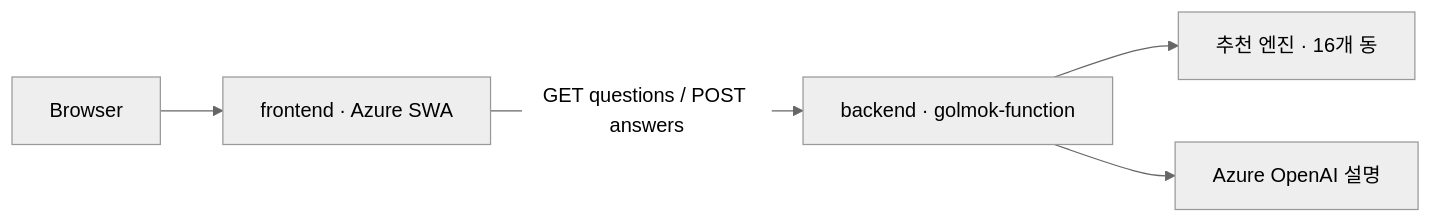
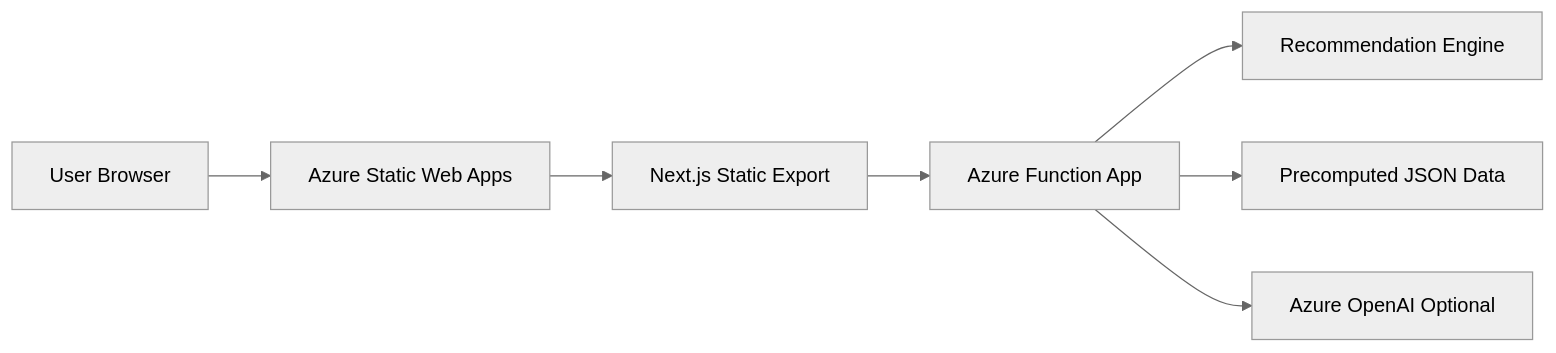
Before and after one commit to Leejs-js/golmok-shield: the diagram in README.md, drawn with Mermaid (neutral theme). The commit also changed other lines of this file, not shown here.

````diff
--- a/README.md
+++ b/README.md
@@ -14,7 +140,9 @@
 ```mermaid
 flowchart LR
-  U["Browser"] --> F["frontend · Azure SWA"]
-  F -->|"GET questions / POST answers"| B["backend · golmok-function"]
-  B --> R["추천 엔진 · 16개 동"]
-  B --> L["Azure OpenAI 설명"]
+  U["User Browser"] --> F["Azure Static Web Apps"]
+  F --> N["Next.js Static Export"]
+  N --> B["Azure Function App"]
+  B --> R["Recommendation Engine"]
+  B --> D["Precomputed JSON Data"]
+  B --> A["Azure OpenAI Optional"]
 ```
````
